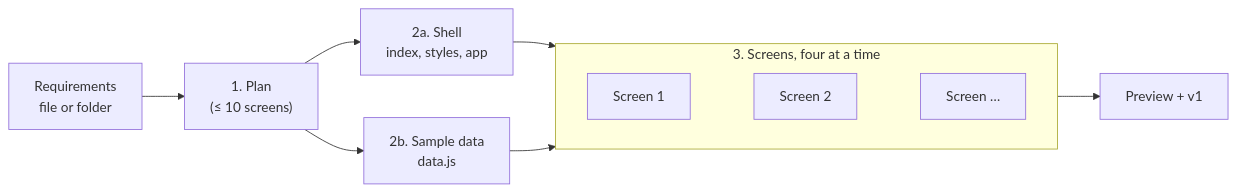
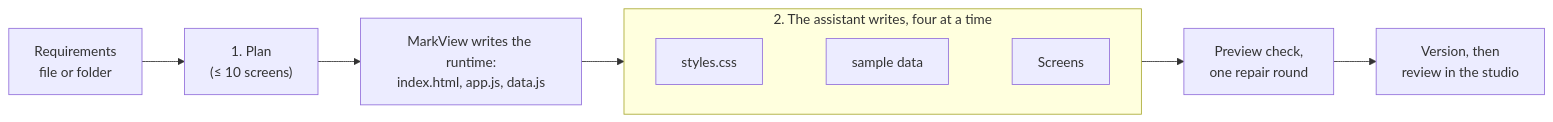
One commit to t-boris/MarkView changed the sixth of 10 diagrams in README.md. Above: the diagram before and after it, drawn with Mermaid. The commit also changed other lines of this file and 5 other files, not shown here.

First line of the commit message:
docs: refresh the README and add the MarkView presentation

````diff
--- a/README.md
+++ b/README.md
@@ -328,13 +419,12 @@
 ```mermaid
 flowchart LR
     S["Requirements<br/>file or folder"] --> PL["1. Plan<br/>(≤ 10 screens)"]
-    PL --> SH["2a. Shell<br/>index, styles, app"]
-    PL --> DA["2b. Sample data<br/>data.js"]
-    SH --> SC
-    DA --> SC
-    subgraph SC["3. Screens, four at a time"]
+    PL --> RT["MarkView writes the runtime:<br/>index.html, app.js, data.js"]
+    RT --> W
+    subgraph W["2. The assistant writes, four at a time"]
         direction LR
-        A1["Screen 1"] ~~~ A2["Screen 2"] ~~~ A3["Screen …"]
+        ST["styles.css"] ~~~ SD["sample data"] ~~~ SC["Screens"]
     end
-    SC --> V1["Preview + v1"]
+    W --> CH["Preview check,<br/>one repair round"]
+    CH --> V["Version, then<br/>review in the studio"]
 ```
````
